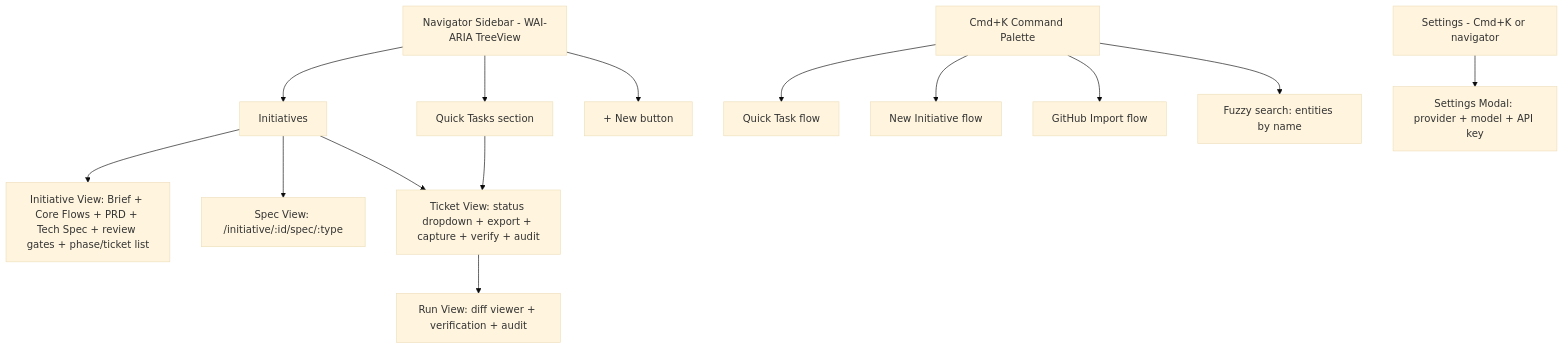
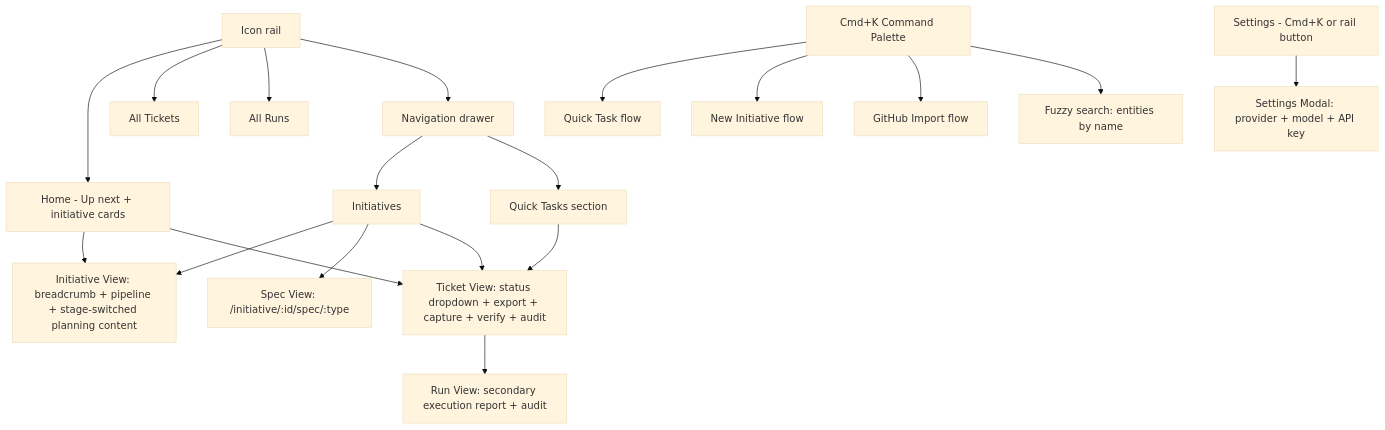
One commit to mtmitchel/SpecFlow changed the second of 2 diagrams in docs/workflows.md. Above: the diagram before and after it, drawn with Mermaid (base theme). The commit also changed other lines of this file and 33 other files, not shown here.

Commit message:
Redesign workflow navigation around initiative pipeline

````diff
--- a/docs/workflows.md
+++ b/docs/workflows.md
@@ -144,18 +145,23 @@
 ```mermaid
 graph TD
-    Nav[Navigator Sidebar - WAI-ARIA TreeView] --> Initiatives
-    Nav --> QuickTasks[Quick Tasks section]
-    Nav --> NewBtn[+ New button]
+    Rail[Icon rail] --> Home[Home - Up next + initiative cards]
+    Rail --> Tickets[All Tickets]
+    Rail --> Runs[All Runs]
+    Rail --> Drawer[Navigation drawer]
+    Drawer --> Initiatives
+    Drawer --> QuickTasks[Quick Tasks section]
     CmdK[Cmd+K Command Palette] --> QT[Quick Task flow]
     CmdK --> NI[New Initiative flow]
     CmdK --> GH[GitHub Import flow]
     CmdK --> Search[Fuzzy search: entities by name]
 
-    Initiatives --> InitiativeView[Initiative View: Brief + Core Flows + PRD + Tech Spec + review gates + phase/ticket list]
+    Home --> InitiativeView[Initiative View: breadcrumb + pipeline + stage-switched planning content]
+    Initiatives --> InitiativeView
     Initiatives --> SpecView[Spec View: /initiative/:id/spec/:type]
     Initiatives --> TicketView
+    Home --> TicketView
     QuickTasks --> TicketView[Ticket View: status dropdown + export + capture + verify + audit]
-    TicketView --> RunView[Run View: diff viewer + verification + audit]
+    TicketView --> RunView[Run View: secondary execution report + audit]
 
-    Settings[Settings - Cmd+K or navigator] --> SettingsModal[Settings Modal: provider + model + API key]
+    Settings[Settings - Cmd+K or rail button] --> SettingsModal[Settings Modal: provider + model + API key]
 ```
````
